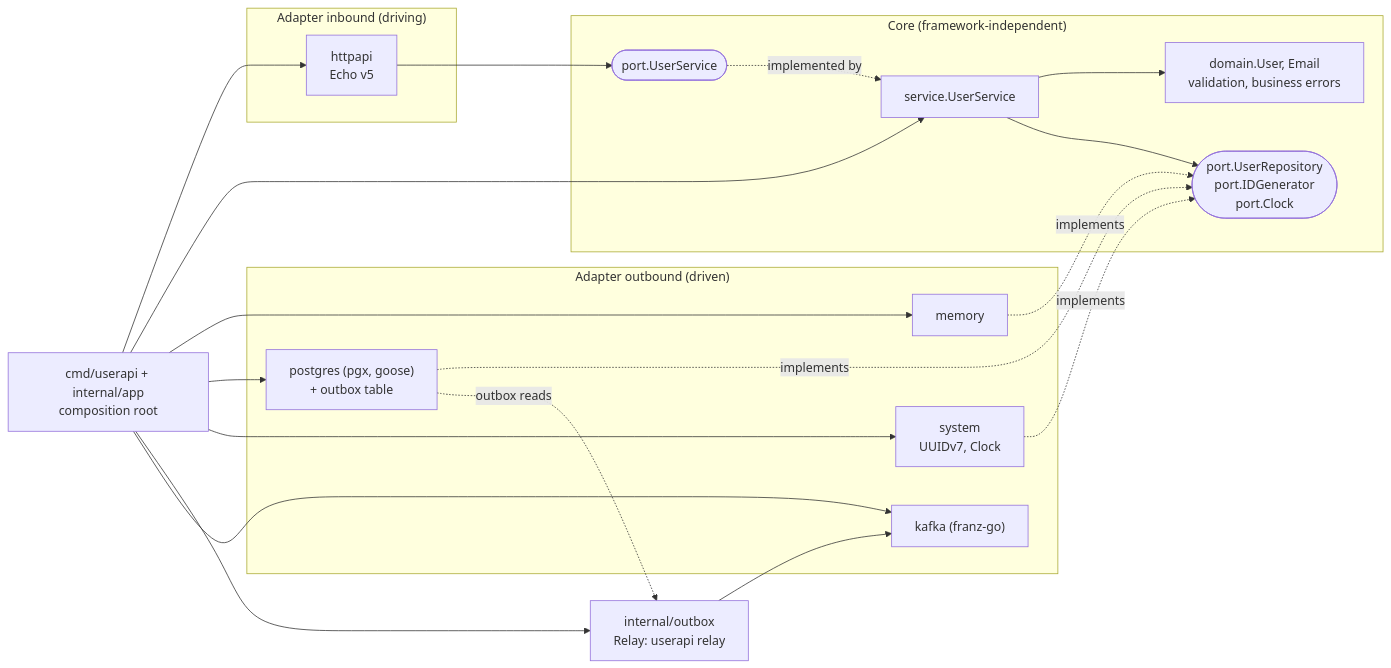
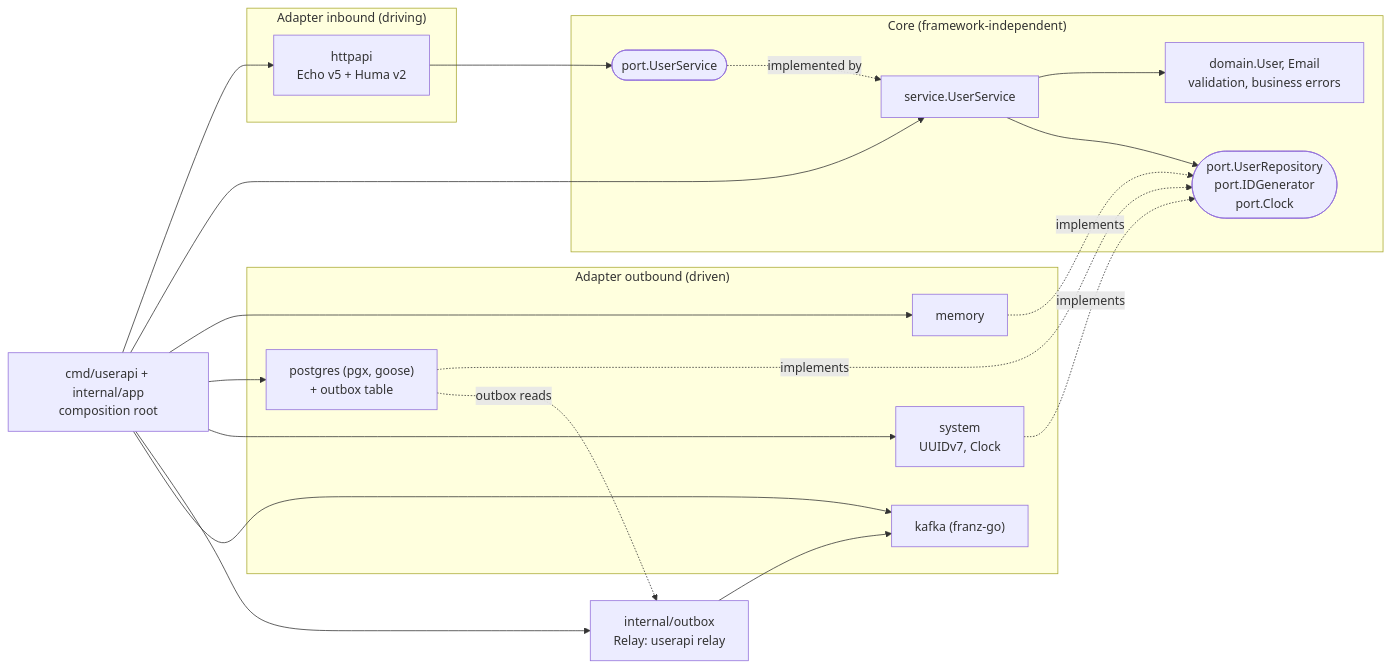
Before and after one commit to lannguyenit598/go-hexa-template: the diagram in docs/architecture.md, drawn with Mermaid. The commit also changed other lines of this file and 31 other files, not shown here.

````diff
--- a/docs/architecture.md
+++ b/docs/architecture.md
@@ -7,29 +7,29 @@
 ```mermaid
 flowchart LR
     subgraph Inbound["Adapter inbound (driving)"]
-        HTTP["httpapi<br/>Echo v5"]
+        HTTP["httpapi<br/>Echo v5 + Huma v2"]
     end
     subgraph Core["Core (framework-independent)"]
         IP(["port.UserService"])
         SVC["service.UserService"]
         DOM["domain.User, Email<br/>validation, business errors"]
         OP(["port.UserRepository<br/>port.IDGenerator<br/>port.Clock"])
     end
     subgraph Outbound["Adapter outbound (driven)"]
         MEM["memory"]
         PG["postgres (pgx, goose)<br/>+ outbox table"]
         SYS["system<br/>UUIDv7, Clock"]
         KAFKA["kafka (franz-go)"]
     end
     RELAY["internal/outbox<br/>Relay: userapi relay"]
     HTTP --> IP
     IP -.implemented by.-> SVC
     SVC --> DOM
     SVC --> OP
     MEM -.implements.-> OP
     PG -.implements.-> OP
     SYS -.implements.-> OP
     PG -.outbox reads.-> RELAY
     RELAY --> KAFKA
     ROOT["cmd/userapi + internal/app<br/>composition root"] --> HTTP & SVC & MEM & PG & SYS & RELAY & KAFKA
 ```
````
